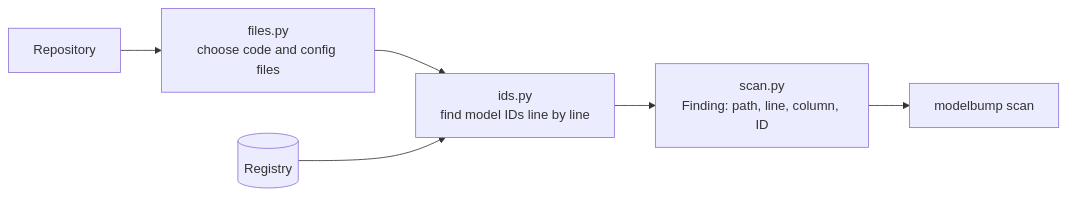
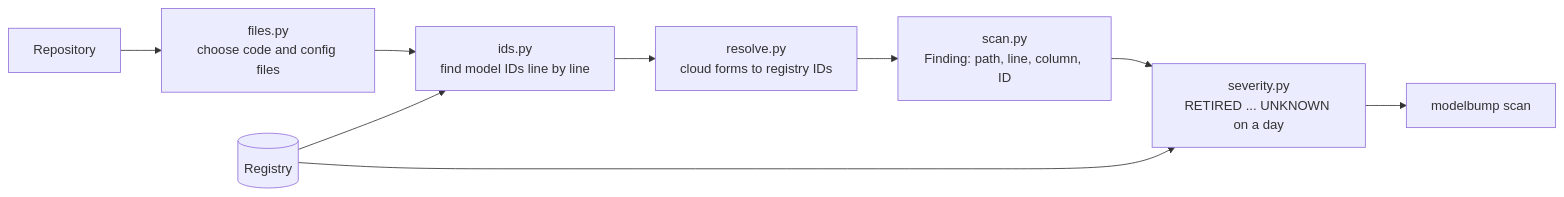
Before and after one commit to actions-marketplace-validations/imhammad_modelbump: the diagram in docs/architecture/scanner.md, drawn with Mermaid. The commit also changed other lines of this file and 14 other files, not shown here.

````diff
--- a/docs/architecture/scanner.md
+++ b/docs/architecture/scanner.md
@@ -7,8 +7,11 @@
 ```mermaid
 flowchart LR
     repo[Repository] --> files[files.py<br/>choose code and config files]
     files --> ids[ids.py<br/>find model IDs line by line]
     registry[(Registry)] --> ids
-    ids --> scan[scan.py<br/>Finding: path, line, column, ID]
-    scan --> cli[modelbump scan]
+    ids --> resolve[resolve.py<br/>cloud forms to registry IDs]
+    resolve --> scan[scan.py<br/>Finding: path, line, column, ID]
+    scan --> severity[severity.py<br/>RETIRED ... UNKNOWN on a day]
+    registry --> severity
+    severity --> cli[modelbump scan]
 ```
````
